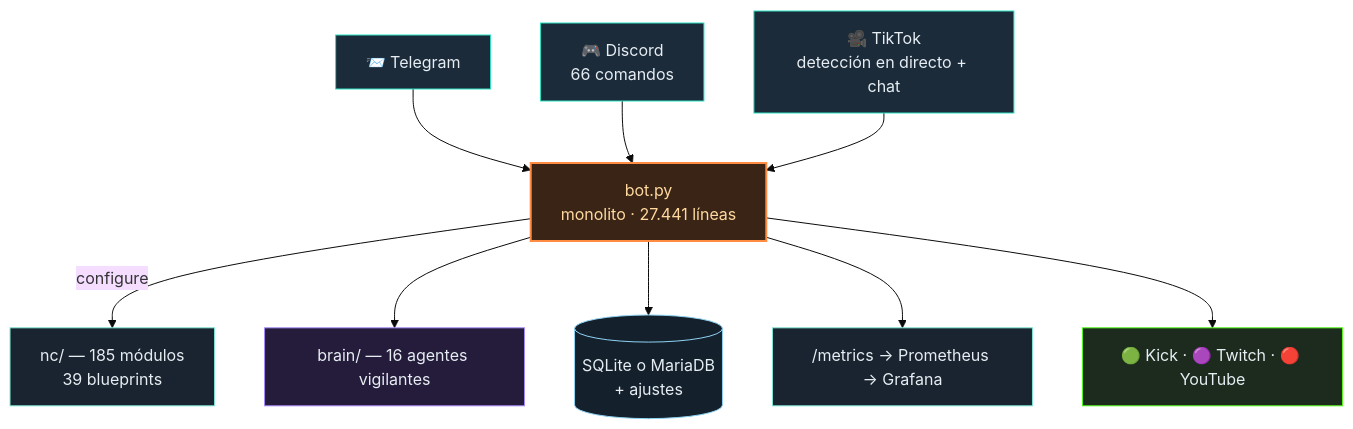
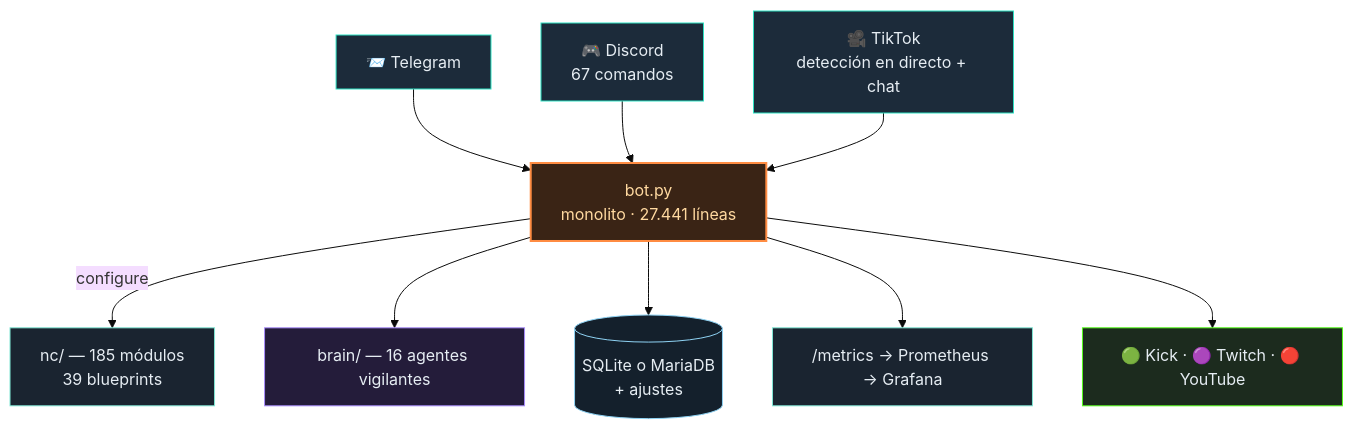
Before and after one commit to itsamemedev/Telegram-Stream-Info-Bot: the diagram in README.es.md, drawn with Mermaid (base theme). The commit also changed other lines of this file and 64 other files, not shown here.

````diff
--- a/README.es.md
+++ b/README.es.md
@@ -64,18 +64,18 @@
 ```mermaid
 flowchart TB
     TG["📨 Telegram"]:::ein --> BOT
-    DC["🎮 Discord<br/>66 comandos"]:::ein --> BOT
+    DC["🎮 Discord<br/>67 comandos"]:::ein --> BOT
     TT["🎥 TikTok<br/>detección en directo + chat"]:::ein --> BOT
     BOT["bot.py<br/>monolito · 27.441 líneas"]:::core
     BOT -->|configure| NC["nc/ — 185 módulos<br/>39 blueprints"]:::lib
     BOT --> BRAIN["brain/ — 16 agentes vigilantes"]:::brain
     BOT --> DB[("SQLite o MariaDB<br/>+ ajustes")]:::db
     BOT --> PROM["/metrics → Prometheus → Grafana"]:::lib
     BOT --> OUT["🟢 Kick · 🟣 Twitch · 🔴 YouTube"]:::out
     classDef ein fill:#1c2b3a,stroke:#2de1c2,color:#e6edf3
     classDef core fill:#3a2415,stroke:#ff8c42,stroke-width:2px,color:#ffd9a0
     classDef lib fill:#1a2430,stroke:#7fe7d4,color:#e6edf3
     classDef brain fill:#241c3a,stroke:#a78bfa,color:#e6edf3
     classDef db fill:#14202c,stroke:#8fd3f4,color:#e6edf3
     classDef out fill:#1c2b1e,stroke:#53fc18,color:#e6edf3
 ```
````
